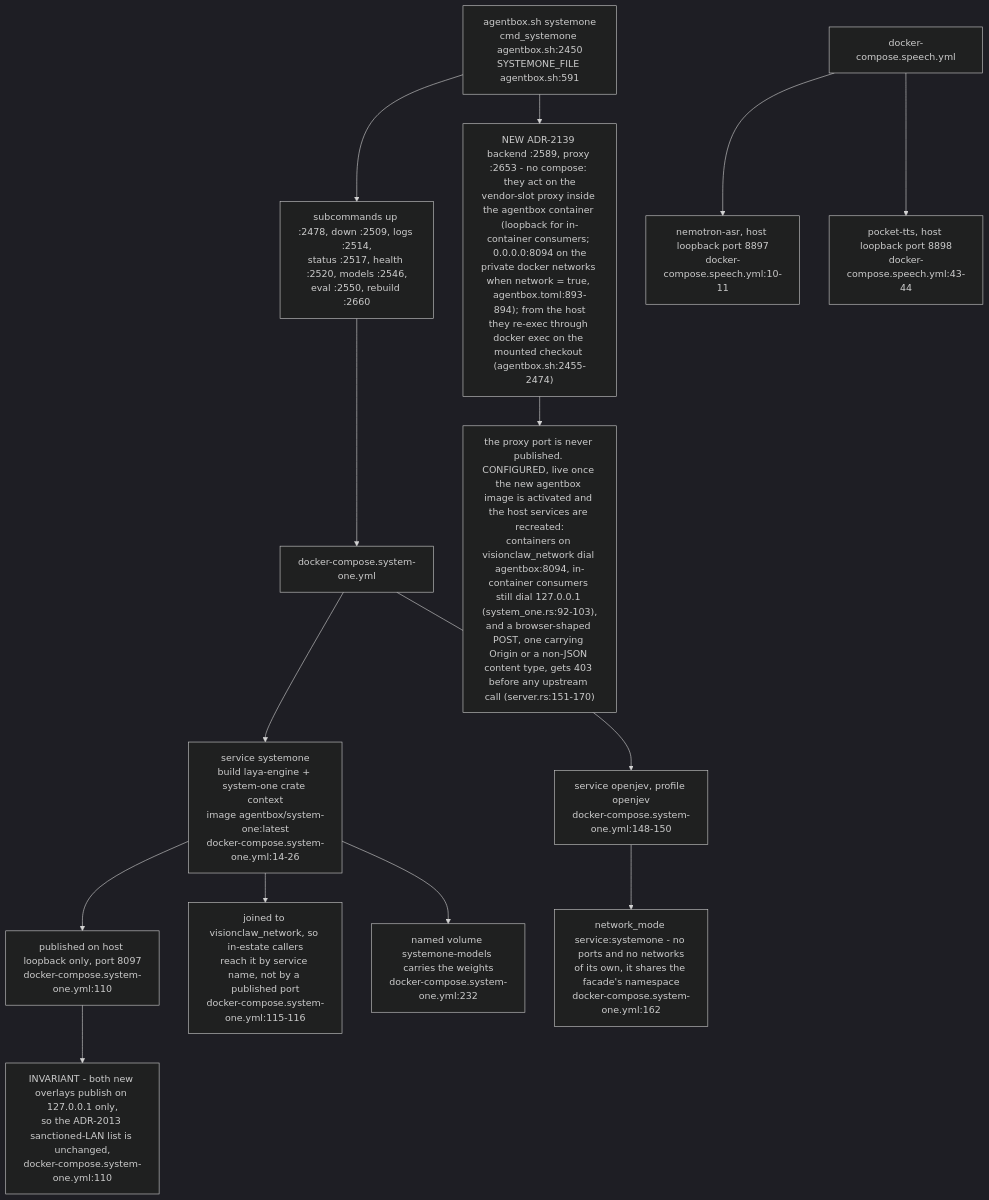
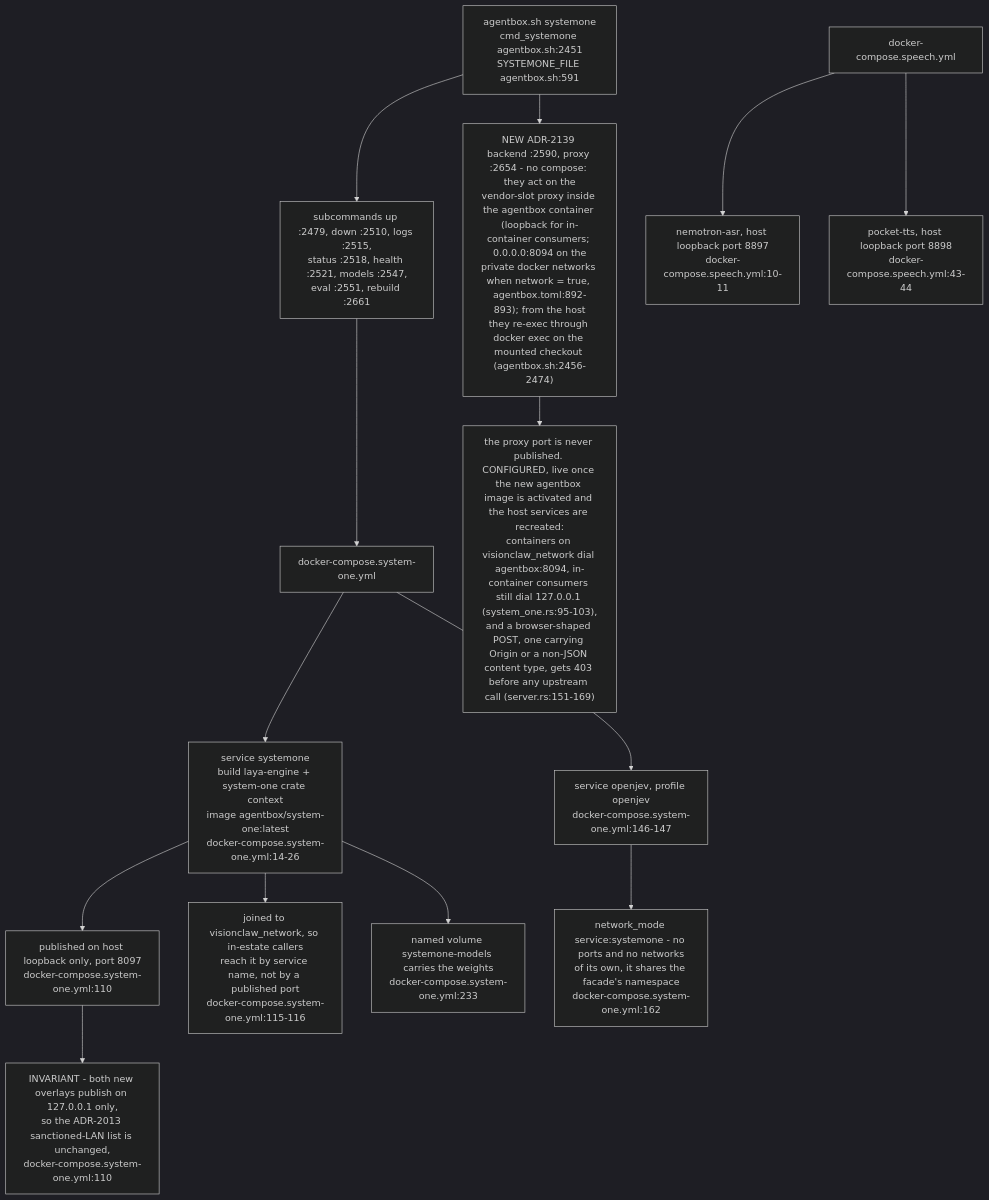
Before and after one commit to DreamLab-AI/VisionFlow: the tenth of 14 diagrams in docs/diagrams/agentbox/06-sidecars-and-compose-overlays.md, drawn with Mermaid (dark theme). The commit also changed other lines of this file and 173 other files, not shown here.

````diff
--- a/docs/diagrams/agentbox/06-sidecars-and-compose-overlays.md
+++ b/docs/diagrams/agentbox/06-sidecars-and-compose-overlays.md
@@ -297,20 +297,20 @@
 ```mermaid
 flowchart TB
-    CLI["agentbox.sh systemone<br/>cmd_systemone agentbox.sh:2450<br/>SYSTEMONE_FILE agentbox.sh:591"] --> SUB["subcommands up :2478, down :2509, logs :2514,<br/>status :2517, health :2520, models :2546,<br/>eval :2550, rebuild :2660"]
-    CLI --> VEND["NEW ADR-2139 backend :2589, proxy :2653 - no compose: they act on the<br/>vendor-slot proxy inside the agentbox container (loopback for in-container consumers; 0.0.0.0:8094 on the<br/>private docker networks when network = true, agentbox.toml:893-894); from the host<br/>they re-exec through docker exec on the mounted checkout (agentbox.sh:2455-2474)"]
+    CLI["agentbox.sh systemone<br/>cmd_systemone agentbox.sh:2451<br/>SYSTEMONE_FILE agentbox.sh:591"] --> SUB["subcommands up :2479, down :2510, logs :2515,<br/>status :2518, health :2521, models :2547,<br/>eval :2551, rebuild :2661"]
+    CLI --> VEND["NEW ADR-2139 backend :2590, proxy :2654 - no compose: they act on the<br/>vendor-slot proxy inside the agentbox container (loopback for in-container consumers; 0.0.0.0:8094 on the<br/>private docker networks when network = true, agentbox.toml:892-893); from the host<br/>they re-exec through docker exec on the mounted checkout (agentbox.sh:2456-2474)"]
     SUB --> COMPOSE["docker-compose.system-one.yml"]
 
     COMPOSE --> FACADE["service systemone<br/>build laya-engine + system-one crate context<br/>image agentbox/system-one:latest<br/>docker-compose.system-one.yml:14-26"]
     FACADE --> PUB["published on host loopback only, port 8097<br/>docker-compose.system-one.yml:110"]
     FACADE --> NET["joined to visionclaw_network, so in-estate callers<br/>reach it by service name, not by a published port<br/>docker-compose.system-one.yml:115-116"]
-    FACADE --> VOL["named volume systemone-models carries the weights<br/>docker-compose.system-one.yml:232"]
+    FACADE --> VOL["named volume systemone-models carries the weights<br/>docker-compose.system-one.yml:233"]
 
-    COMPOSE --> ENGINE["service openjev, profile openjev<br/>docker-compose.system-one.yml:148-150"]
+    COMPOSE --> ENGINE["service openjev, profile openjev<br/>docker-compose.system-one.yml:146-147"]
     ENGINE --> NM["network_mode service:systemone - no ports and no networks<br/>of its own, it shares the facade's namespace<br/>docker-compose.system-one.yml:162"]
 
     SPEECH["docker-compose.speech.yml"] --> ASR["nemotron-asr, host loopback port 8897<br/>docker-compose.speech.yml:10-11"]
     SPEECH --> TTS["pocket-tts, host loopback port 8898<br/>docker-compose.speech.yml:43-44"]
 
     PUB --> INV["INVARIANT - both new overlays publish on 127.0.0.1 only,<br/>so the ADR-2013 sanctioned-LAN list is unchanged,<br/>docker-compose.system-one.yml:110"]
-    VEND --> PNET["the proxy port is never published. CONFIGURED, live once the new agentbox image is activated and the host services are recreated:<br/>containers on visionclaw_network dial agentbox:8094, in-container consumers still dial 127.0.0.1 (system_one.rs:92-103),<br/>and a browser-shaped POST, one carrying Origin or a non-JSON content type, gets 403 before any upstream call (server.rs:151-170)"]
+    VEND --> PNET["the proxy port is never published. CONFIGURED, live once the new agentbox image is activated and the host services are recreated:<br/>containers on visionclaw_network dial agentbox:8094, in-container consumers still dial 127.0.0.1 (system_one.rs:95-103),<br/>and a browser-shaped POST, one carrying Origin or a non-JSON content type, gets 403 before any upstream call (server.rs:151-169)"]
 ```
````
